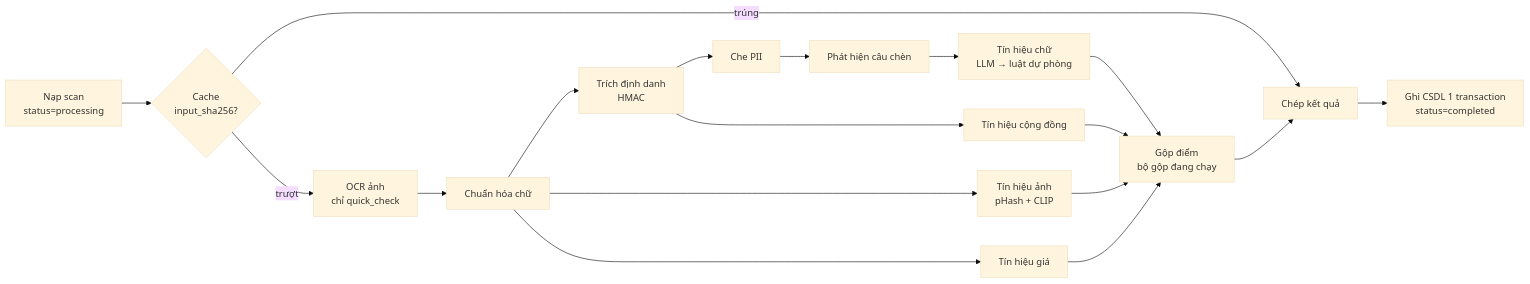
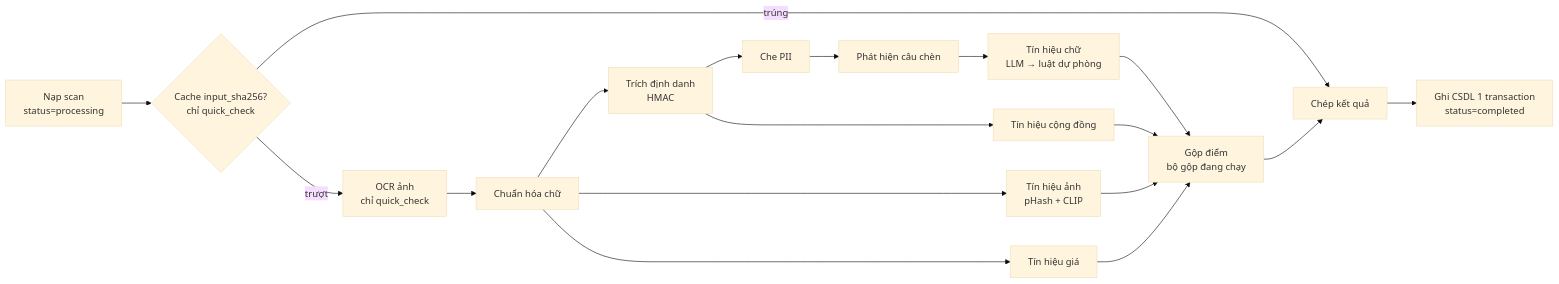
One commit to LVanPhi/TroTot changed the diagram in docs/05-ai-worker.md. Above: the diagram before and after it, drawn with Mermaid (base theme). The commit also changed other lines of this file and 15 other files, not shown here.

````diff
--- a/docs/05-ai-worker.md
+++ b/docs/05-ai-worker.md
@@ -65,17 +69,17 @@
 ```mermaid
 flowchart LR
-    A[Nạp scan<br/>status=processing] --> B{Cache<br/>input_sha256?}
+    A[Nạp scan<br/>status=processing] --> B{Cache input_sha256?<br/>chỉ quick_check}
     B -- trúng --> W[Chép kết quả]
     B -- trượt --> C[OCR ảnh<br/>chỉ quick_check]
     C --> D[Chuẩn hóa chữ]
     D --> E[Trích định danh<br/>HMAC]
     E --> F[Che PII]
     F --> G[Phát hiện câu chèn]
     G --> H[Tín hiệu chữ<br/>LLM → luật dự phòng]
     D --> I[Tín hiệu ảnh<br/>pHash + CLIP]
     D --> J[Tín hiệu giá]
     E --> K[Tín hiệu cộng đồng]
     H & I & J & K --> L[Gộp điểm<br/>bộ gộp đang chạy]
     L --> W
     W --> X[Ghi CSDL 1 transaction<br/>status=completed]
 ```
````
